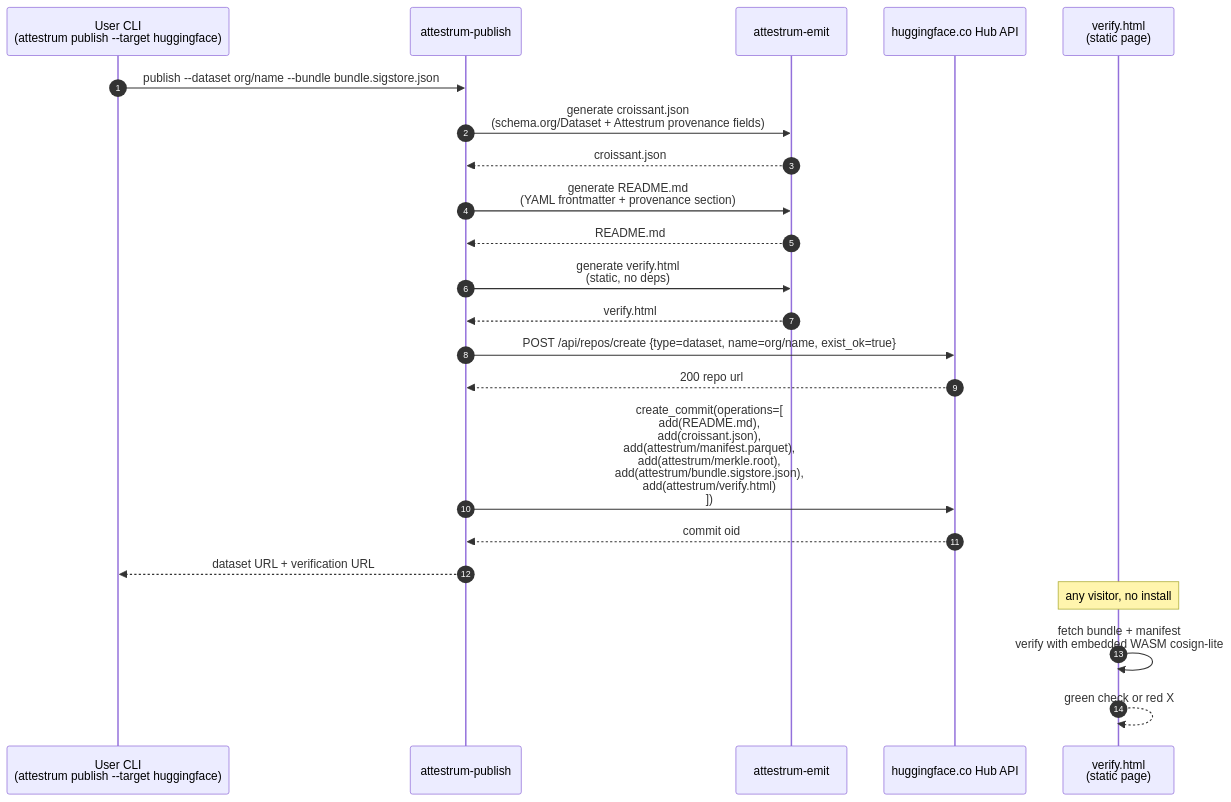
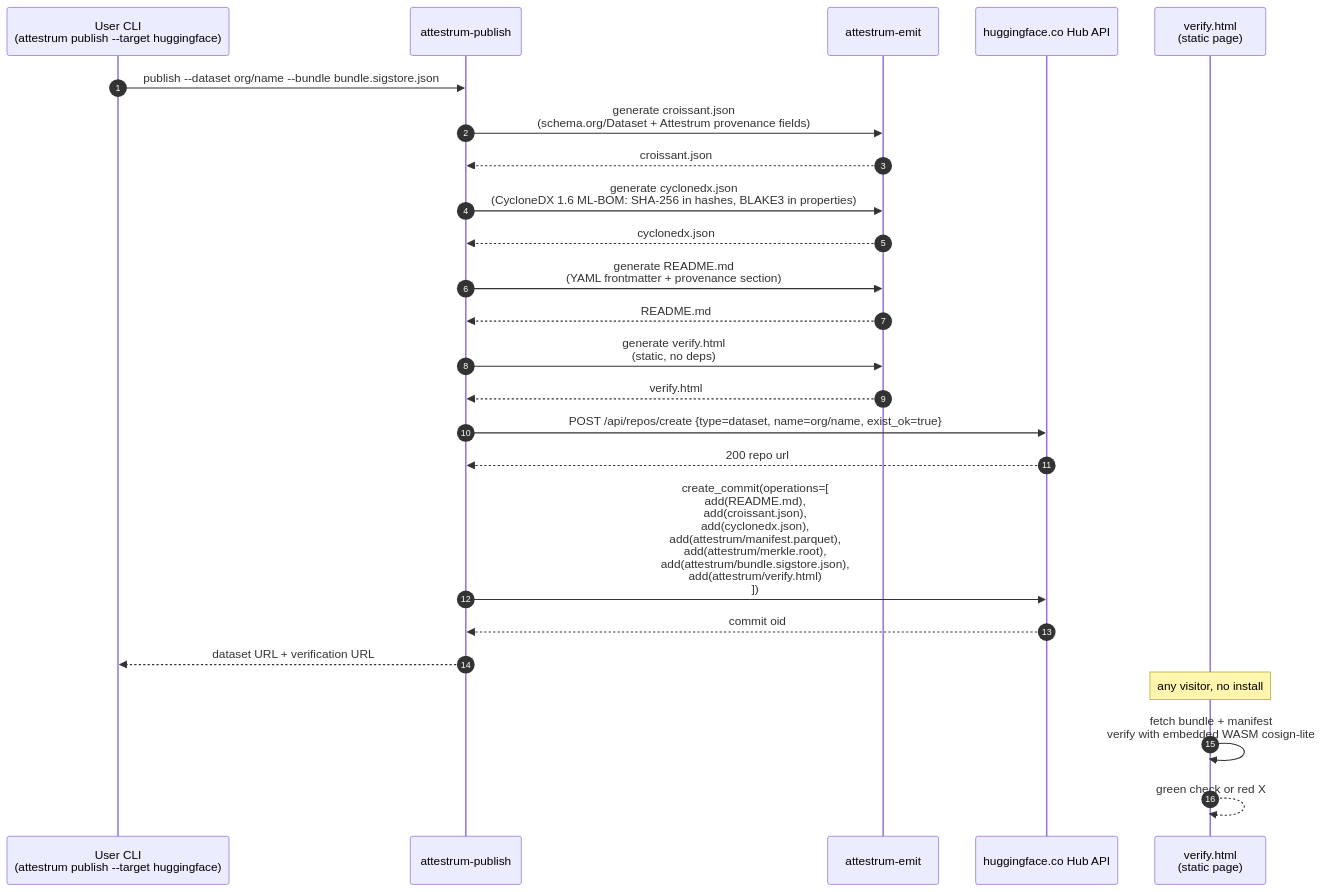
Before and after one commit to Attestrum/Attestrum: the diagram in docs/diagrams/overview/hub-publish.md, drawn with Mermaid. The commit also changed other lines of this file and 8 other files, not shown here.

````diff
--- a/docs/diagrams/overview/hub-publish.md
+++ b/docs/diagrams/overview/hub-publish.md
@@ -13,26 +13,28 @@
 ```mermaid
 sequenceDiagram
   autonumber
   participant U as User CLI<br/>(attestrum publish --target huggingface)
   participant P as attestrum-publish
   participant E as attestrum-emit
   participant H as huggingface.co Hub API
   participant V as verify.html<br/>(static page)
 
   U->>P: publish --dataset org/name --bundle bundle.sigstore.json
   P->>E: generate croissant.json<br/>(schema.org/Dataset + Attestrum provenance fields)
   E-->>P: croissant.json
+  P->>E: generate cyclonedx.json<br/>(CycloneDX 1.6 ML-BOM: SHA-256 in hashes, BLAKE3 in properties)
+  E-->>P: cyclonedx.json
   P->>E: generate README.md<br/>(YAML frontmatter + provenance section)
   E-->>P: README.md
   P->>E: generate verify.html<br/>(static, no deps)
   E-->>P: verify.html
   P->>H: POST /api/repos/create {type=dataset, name=org/name, exist_ok=true}
   H-->>P: 200 repo url
-  P->>H: create_commit(operations=[<br/>  add(README.md),<br/>  add(croissant.json),<br/>  add(attestrum/manifest.parquet),<br/>  add(attestrum/merkle.root),<br/>  add(attestrum/bundle.sigstore.json),<br/>  add(attestrum/verify.html)<br/>])
+  P->>H: create_commit(operations=[<br/>  add(README.md),<br/>  add(croissant.json),<br/>  add(cyclonedx.json),<br/>  add(attestrum/manifest.parquet),<br/>  add(attestrum/merkle.root),<br/>  add(attestrum/bundle.sigstore.json),<br/>  add(attestrum/verify.html)<br/>])
   H-->>P: commit oid
   P-->>U: dataset URL + verification URL
 
   Note over V: any visitor, no install
   V->>V: fetch bundle + manifest<br/>verify with embedded WASM cosign-lite
   V-->>V: green check or red X
 ```
````
